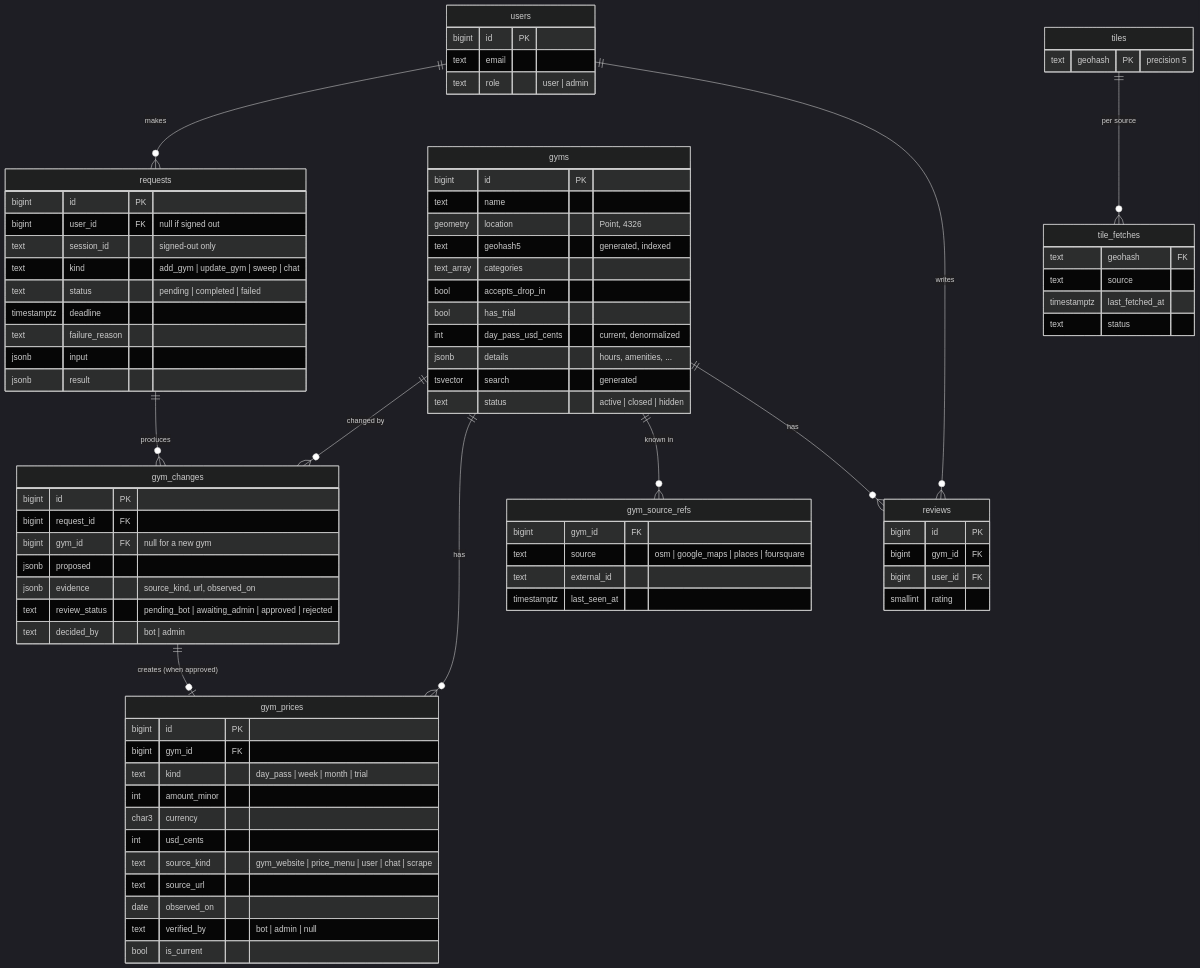
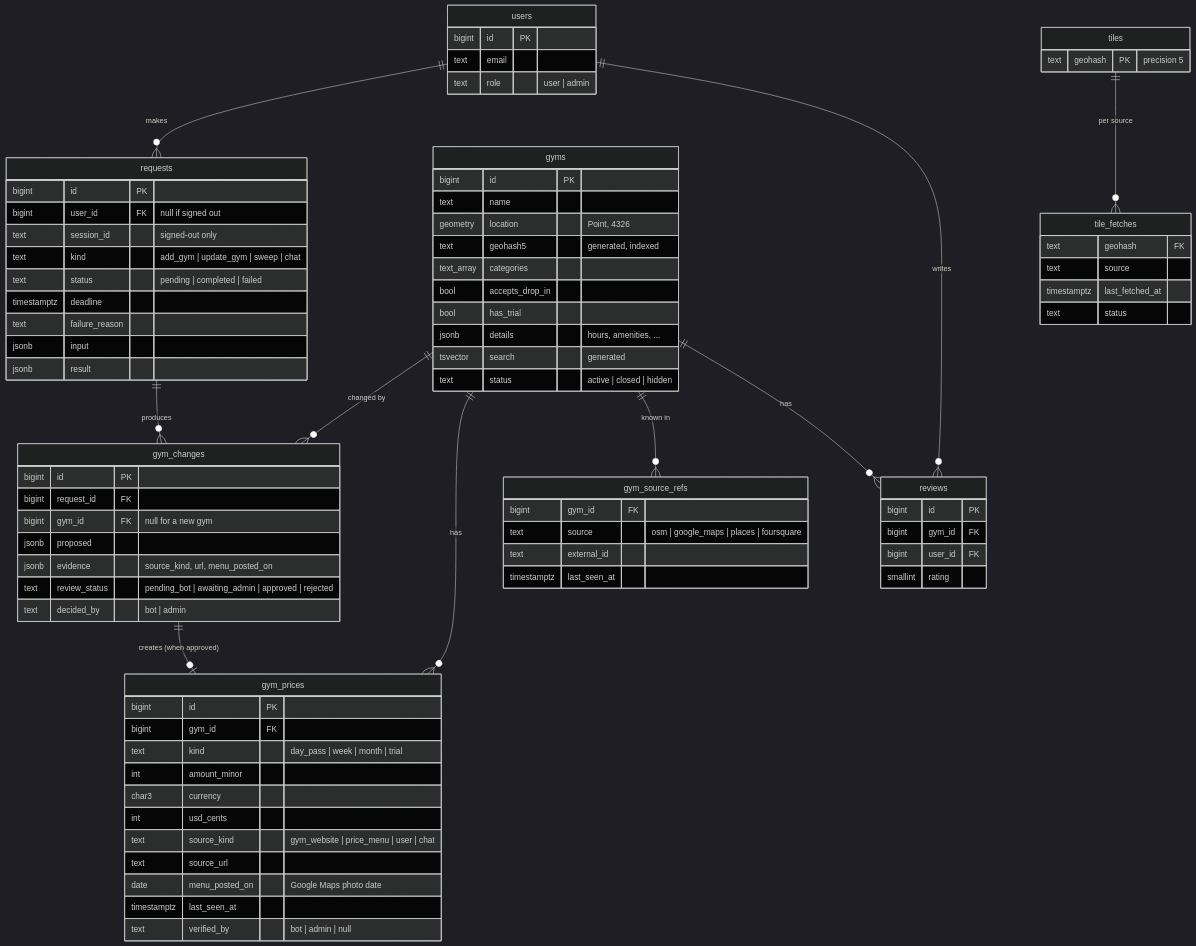
Before and after one commit to AbsentLung/TravelApp: the fourth of 8 diagrams in STACK_AND_SCHEMA.md, drawn with Mermaid (dark theme). The commit also changed other lines of this file, not shown here.

First line of the commit message:
Record Joey's stack/schema decisions; answer Kafka/RabbitMQ, R-tree, map questions; compare with vibe-coded schema

```diff
--- a/STACK_AND_SCHEMA.md
+++ b/STACK_AND_SCHEMA.md
@@ -256,7 +258,6 @@
         text_array categories
         bool accepts_drop_in
         bool has_trial
-        int day_pass_usd_cents "current, denormalized"
         jsonb details "hours, amenities, ..."
         tsvector search "generated"
         text status "active | closed | hidden"
@@ -268,11 +269,11 @@
         int amount_minor
         char3 currency
         int usd_cents
-        text source_kind "gym_website | price_menu | user | chat | scrape"
+        text source_kind "gym_website | price_menu | user | chat"
         text source_url
-        date observed_on
+        date menu_posted_on "Google Maps photo date"
+        timestamptz last_seen_at
         text verified_by "bot | admin | null"
-        bool is_current
     }
     gym_source_refs {
         bigint gym_id FK
@@ -296,7 +297,7 @@
         bigint request_id FK
         bigint gym_id FK "null for a new gym"
         jsonb proposed
-        jsonb evidence "source_kind, url, observed_on"
+        jsonb evidence "source_kind, url, menu_posted_on"
         text review_status "pending_bot | awaiting_admin | approved | rejected"
         text decided_by "bot | admin"
     }
```
